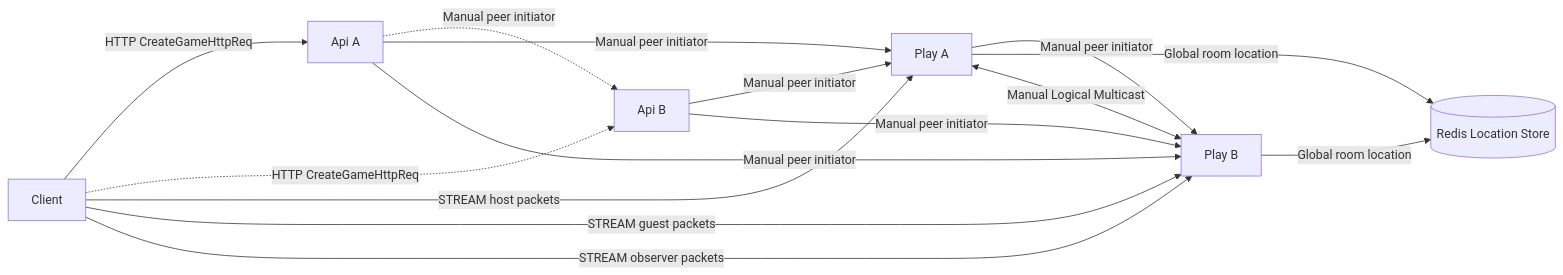
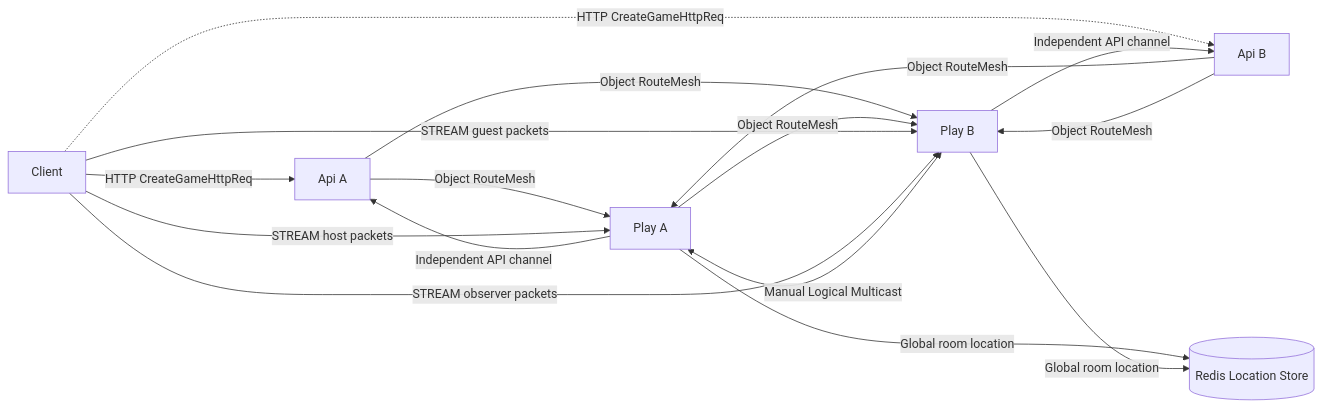
Before and after one commit to kairos-code-dev/zlink: the first of 6 diagrams in framework/doc/framework/common/sample/tictactoe/README.ko.md, drawn with Mermaid. The commit also changed other lines of this file and 1160 other files, not shown here.

Commit message:
feat(framework): advance RouteMesh v11 runtime migration

````diff
--- a/framework/doc/framework/common/sample/tictactoe/README.ko.md
+++ b/framework/doc/framework/common/sample/tictactoe/README.ko.md
@@ -67,24 +69,25 @@
 ```mermaid
 graph LR
     C[Client]
     APIA[Api A]
     APIB[Api B]
     PLAYA[Play A]
     PLAYB[Play B]
     REDIS[(Redis Location Store)]
 
     C -->|HTTP CreateGameHttpReq| APIA
     C -.->|HTTP CreateGameHttpReq| APIB
-    APIA -.->|Manual peer initiator| APIB
-    APIA -->|Manual peer initiator| PLAYA
-    APIA -->|Manual peer initiator| PLAYB
-    APIB -->|Manual peer initiator| PLAYA
-    APIB -->|Manual peer initiator| PLAYB
-    PLAYA -->|Manual peer initiator| PLAYB
+    APIA -->|Object RouteMesh| PLAYA
+    APIA -->|Object RouteMesh| PLAYB
+    APIB -->|Object RouteMesh| PLAYA
+    APIB -->|Object RouteMesh| PLAYB
+    PLAYA -->|Object RouteMesh| PLAYB
+    PLAYA -->|Independent API channel| APIA
+    PLAYB -->|Independent API channel| APIB
     PLAYA -->|Global room location| REDIS
     PLAYB -->|Global room location| REDIS
     C -->|STREAM host packets| PLAYA
     C -->|STREAM guest packets| PLAYB
     C -->|STREAM observer packets| PLAYB
     PLAYA <-->|Manual Logical Multicast| PLAYB
 ```
````
